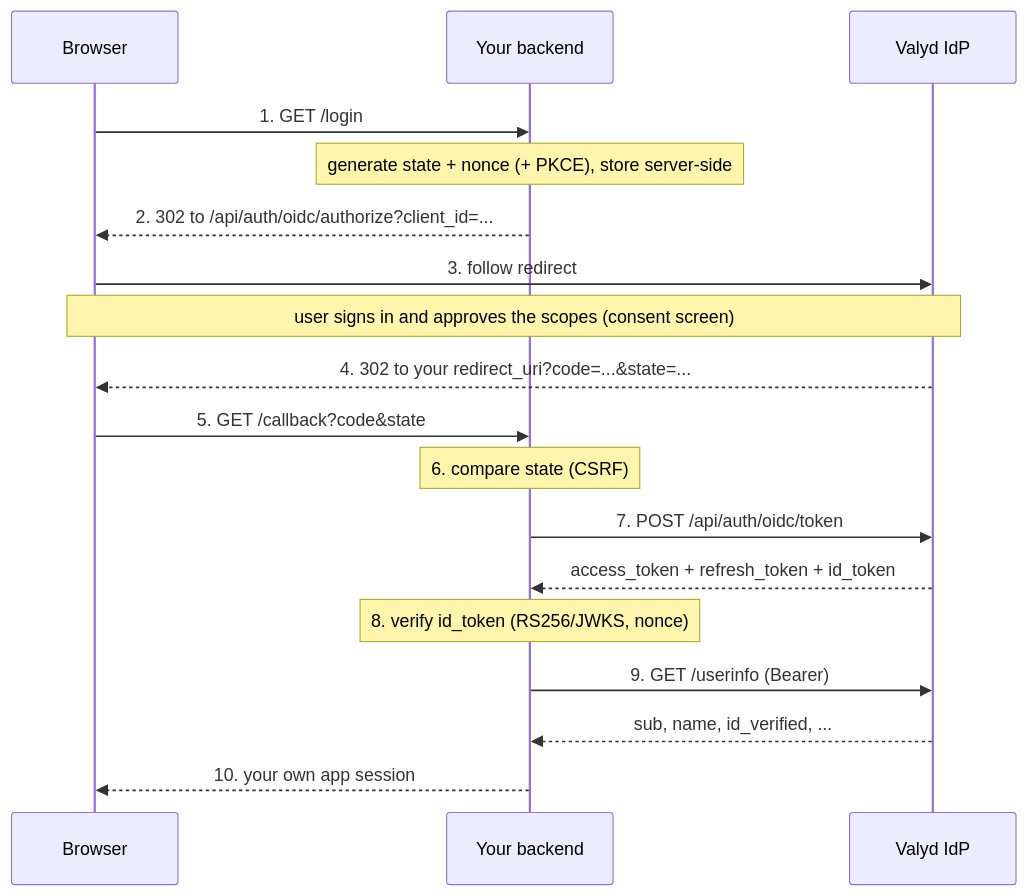
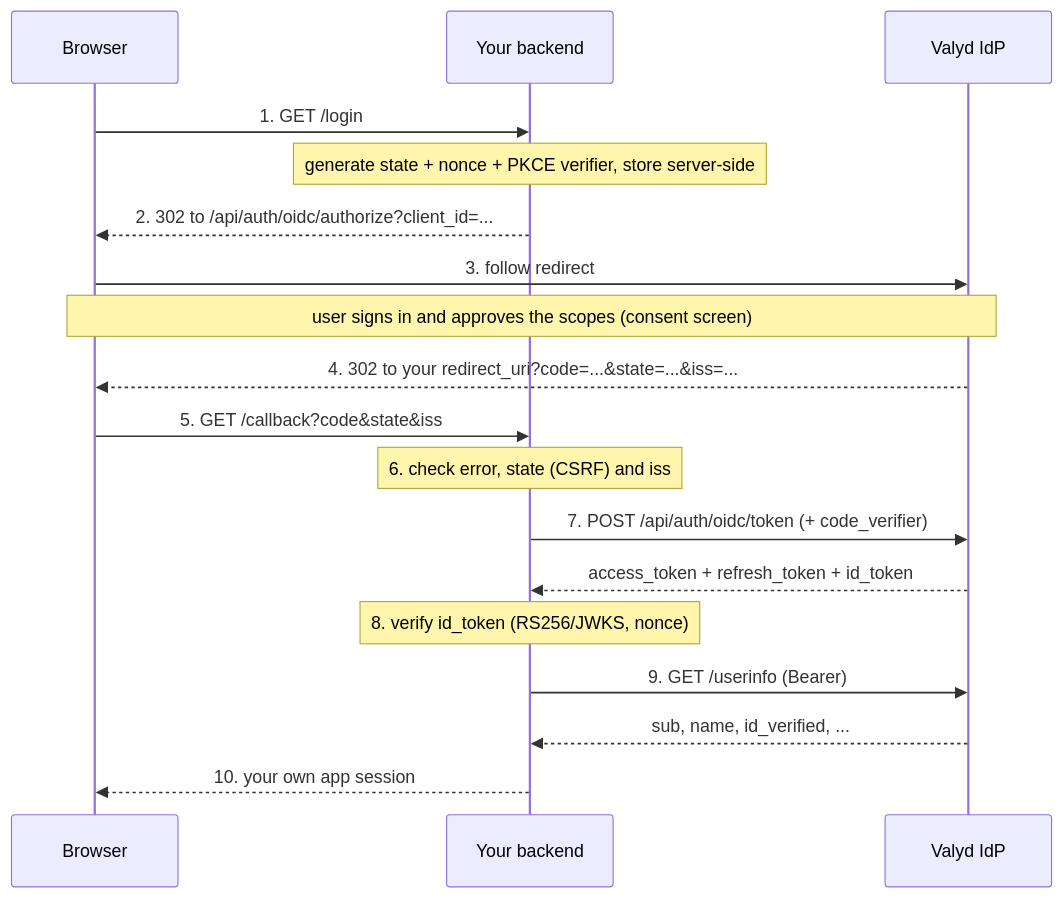
One commit to valyd-id/documentation changed the diagram in content/docs/flows/authorization-code.md. Above: the diagram before and after it, drawn with Mermaid. The commit also changed other lines of this file and 25 other files, not shown here.

````diff
--- a/content/docs/flows/authorization-code.md
+++ b/content/docs/flows/authorization-code.md
@@ -22,20 +22,20 @@
 ```mermaid
 sequenceDiagram
     participant B as Browser
     participant Y as Your backend
     participant V as Valyd IdP
     B->>Y: 1. GET /login
-    Note over Y: generate state + nonce (+ PKCE), store server-side
+    Note over Y: generate state + nonce + PKCE verifier, store server-side
     Y-->>B: 2. 302 to /api/auth/oidc/authorize?client_id=...
     B->>V: 3. follow redirect
     Note over B,V: user signs in and approves the scopes (consent screen)
-    V-->>B: 4. 302 to your redirect_uri?code=...&state=...
-    B->>Y: 5. GET /callback?code&state
-    Note over Y: 6. compare state (CSRF)
-    Y->>V: 7. POST /api/auth/oidc/token
+    V-->>B: 4. 302 to your redirect_uri?code=...&state=...&iss=...
+    B->>Y: 5. GET /callback?code&state&iss
+    Note over Y: 6. check error, state (CSRF) and iss
+    Y->>V: 7. POST /api/auth/oidc/token (+ code_verifier)
     V-->>Y: access_token + refresh_token + id_token
     Note over Y: 8. verify id_token (RS256/JWKS, nonce)
     Y->>V: 9. GET /userinfo (Bearer)
     V-->>Y: sub, name, id_verified, ...
     Y-->>B: 10. your own app session
 ```
````
